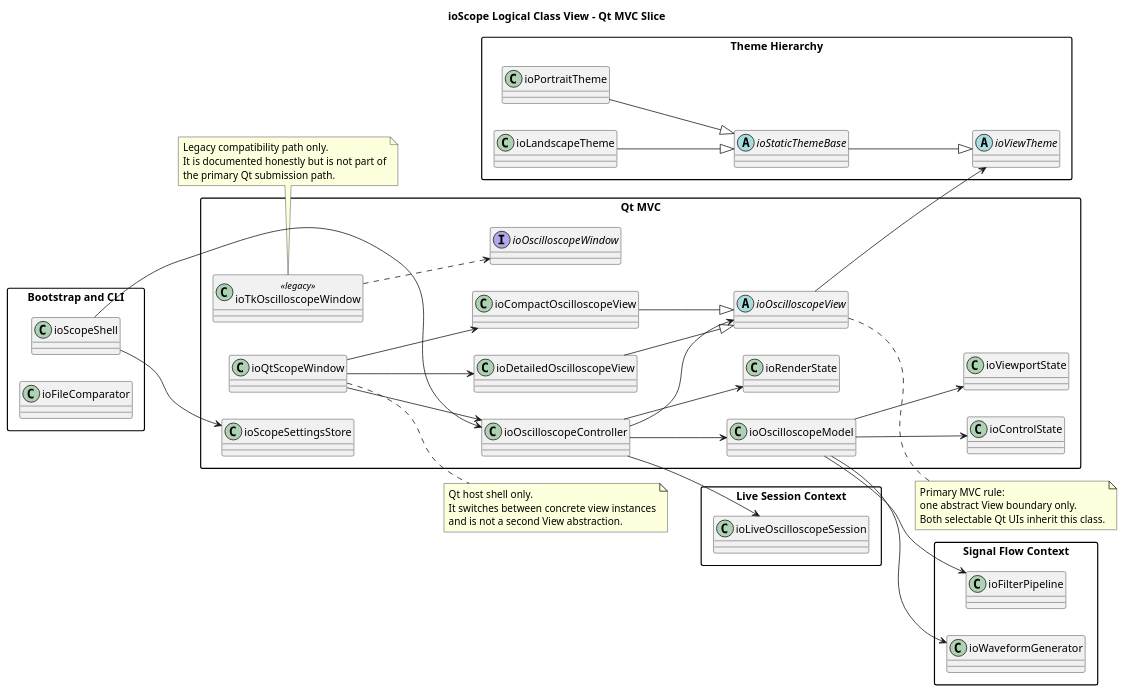
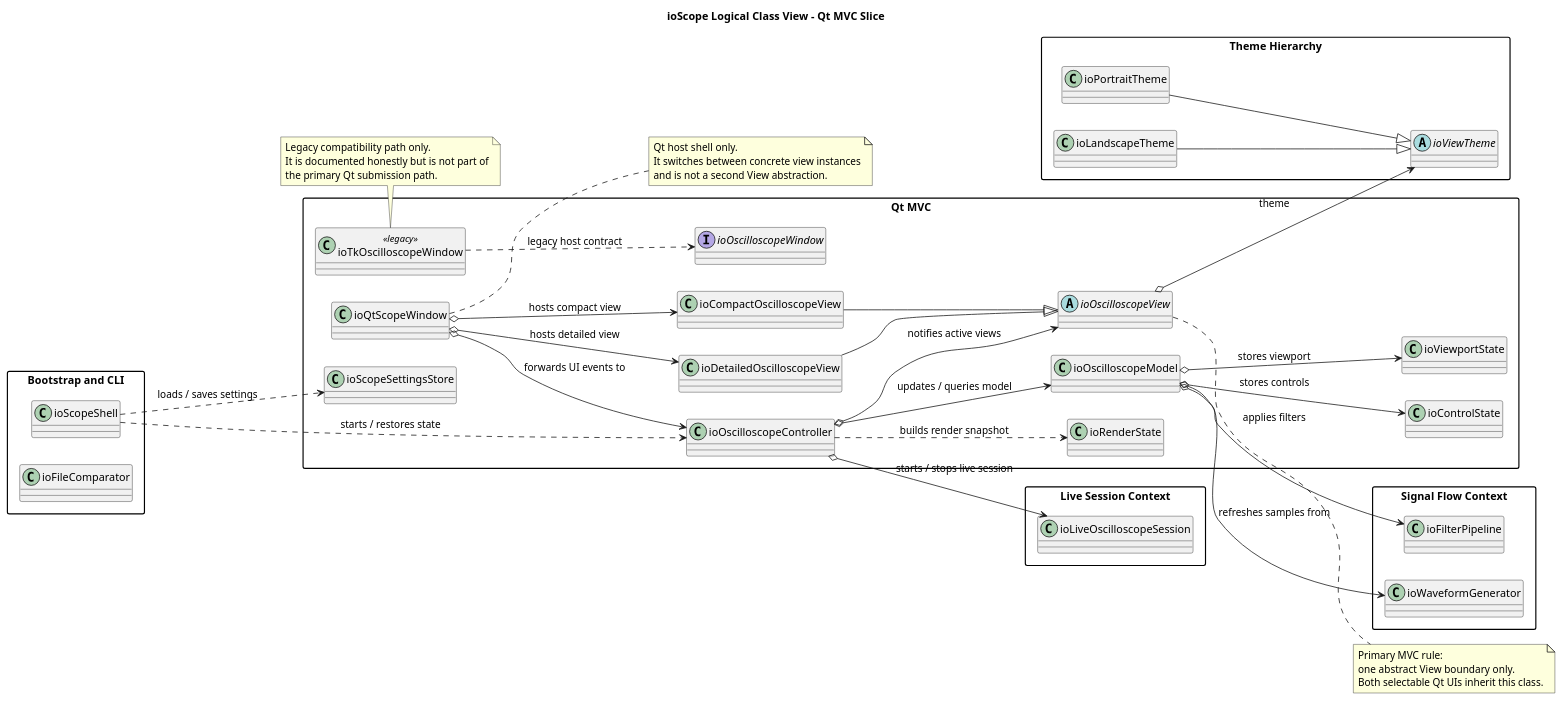
Before and after one commit to jcwilson11/FTDI-Oscilloscope: the diagram in docs/plantuml/io_scope_logical_class_mvc.puml, drawn with PlantUML. The commit also changed 21 other files, not shown here.

Commit message:
updates to presentation diagrams and fixes for ftdi bytes reading

```diff
--- a/docs/plantuml/io_scope_logical_class_mvc.puml
+++ b/docs/plantuml/io_scope_logical_class_mvc.puml
@@ -1,83 +1,81 @@
 @startuml
 title ioScope Logical Class View - Qt MVC Slice
 skinparam packageStyle rectangle
 skinparam shadowing false
 left to right direction
 
 package "Bootstrap and CLI" {
   class ioScopeShell
   class ioFileComparator
 }
 
 package "Qt MVC" {
   abstract class ioOscilloscopeView
   class ioCompactOscilloscopeView
   class ioDetailedOscilloscopeView
   interface ioOscilloscopeWindow
   class ioQtScopeWindow
   class ioTkOscilloscopeWindow <<legacy>>
   class ioOscilloscopeController
   class ioOscilloscopeModel
   class ioControlState
   class ioViewportState
   class ioRenderState
   class ioScopeSettingsStore
 }
 
 package "Signal Flow Context" {
   class ioFilterPipeline
   class ioWaveformGenerator
 }
 
 package "Theme Hierarchy" {
   abstract class ioViewTheme
-  abstract class ioStaticThemeBase
   class ioPortraitTheme
   class ioLandscapeTheme
 }
 
 package "Live Session Context" {
   class ioLiveOscilloscopeSession
 }
 
-ioScopeShell --> ioOscilloscopeController
-ioScopeShell --> ioScopeSettingsStore
+ioScopeShell ..> ioOscilloscopeController : starts / restores state
+ioScopeShell ..> ioScopeSettingsStore : loads / saves settings
 
 ioCompactOscilloscopeView --|> ioOscilloscopeView
 ioDetailedOscilloscopeView --|> ioOscilloscopeView
-ioTkOscilloscopeWindow ..> ioOscilloscopeWindow
-ioQtScopeWindow --> ioCompactOscilloscopeView
-ioQtScopeWindow --> ioDetailedOscilloscopeView
-ioQtScopeWindow --> ioOscilloscopeController
-ioOscilloscopeController --> ioOscilloscopeModel
-ioOscilloscopeController --> ioOscilloscopeView
-ioOscilloscopeController --> ioRenderState
-ioOscilloscopeController --> ioLiveOscilloscopeSession
-ioOscilloscopeModel --> ioControlState
-ioOscilloscopeModel --> ioViewportState
-ioOscilloscopeModel --> ioFilterPipeline
-ioOscilloscopeModel --> ioWaveformGenerator
-ioOscilloscopeView --> ioViewTheme
+ioTkOscilloscopeWindow ..> ioOscilloscopeWindow : legacy host contract
+ioQtScopeWindow o--> ioCompactOscilloscopeView : hosts compact view
+ioQtScopeWindow o--> ioDetailedOscilloscopeView : hosts detailed view
+ioQtScopeWindow o--> ioOscilloscopeController : forwards UI events to
+ioOscilloscopeController o--> ioOscilloscopeModel : updates / queries model
+ioOscilloscopeController o--> ioOscilloscopeView : notifies active views
+ioOscilloscopeController ..> ioRenderState : builds render snapshot
+ioOscilloscopeController o--> ioLiveOscilloscopeSession : starts / stops live session
+ioOscilloscopeModel o--> ioControlState : stores controls
+ioOscilloscopeModel o--> ioViewportState : stores viewport
+ioOscilloscopeModel o--> ioFilterPipeline : applies filters
+ioOscilloscopeModel o--> ioWaveformGenerator : refreshes samples from
+ioOscilloscopeView o--> ioViewTheme : theme
 
-ioPortraitTheme --|> ioStaticThemeBase
-ioLandscapeTheme --|> ioStaticThemeBase
-ioStaticThemeBase --|> ioViewTheme
+ioPortraitTheme --|> ioViewTheme
+ioLandscapeTheme --|> ioViewTheme
 
 note right of ioOscilloscopeView
 Primary MVC rule:
 one abstract View boundary only.
 Both selectable Qt UIs inherit this class.
 end note
 
 note right of ioQtScopeWindow
 Qt host shell only.
 It switches between concrete view instances
 and is not a second View abstraction.
 end note
 
 note bottom of ioTkOscilloscopeWindow
 Legacy compatibility path only.
 It is documented honestly but is not part of
 the primary Qt submission path.
 end note
 @enduml
```
